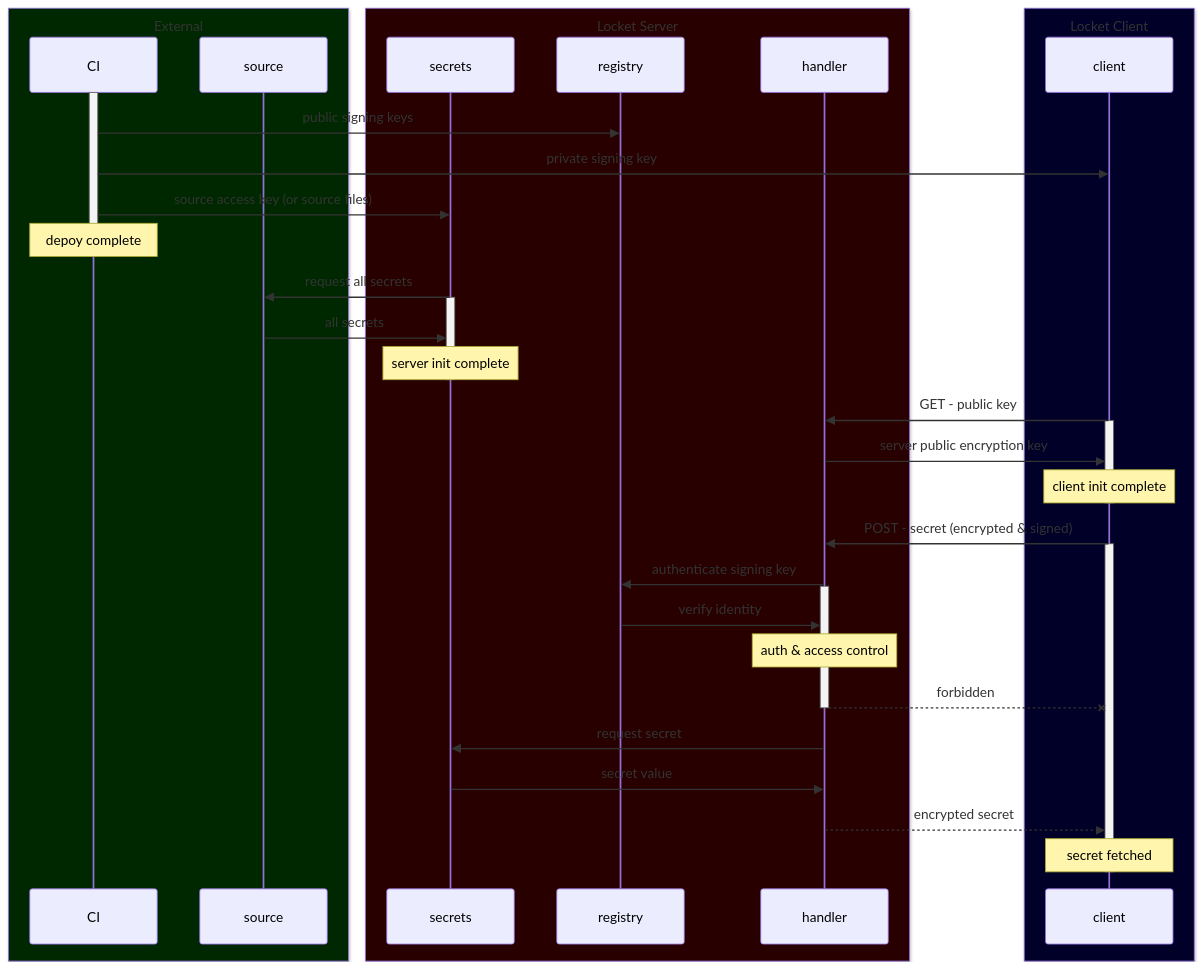
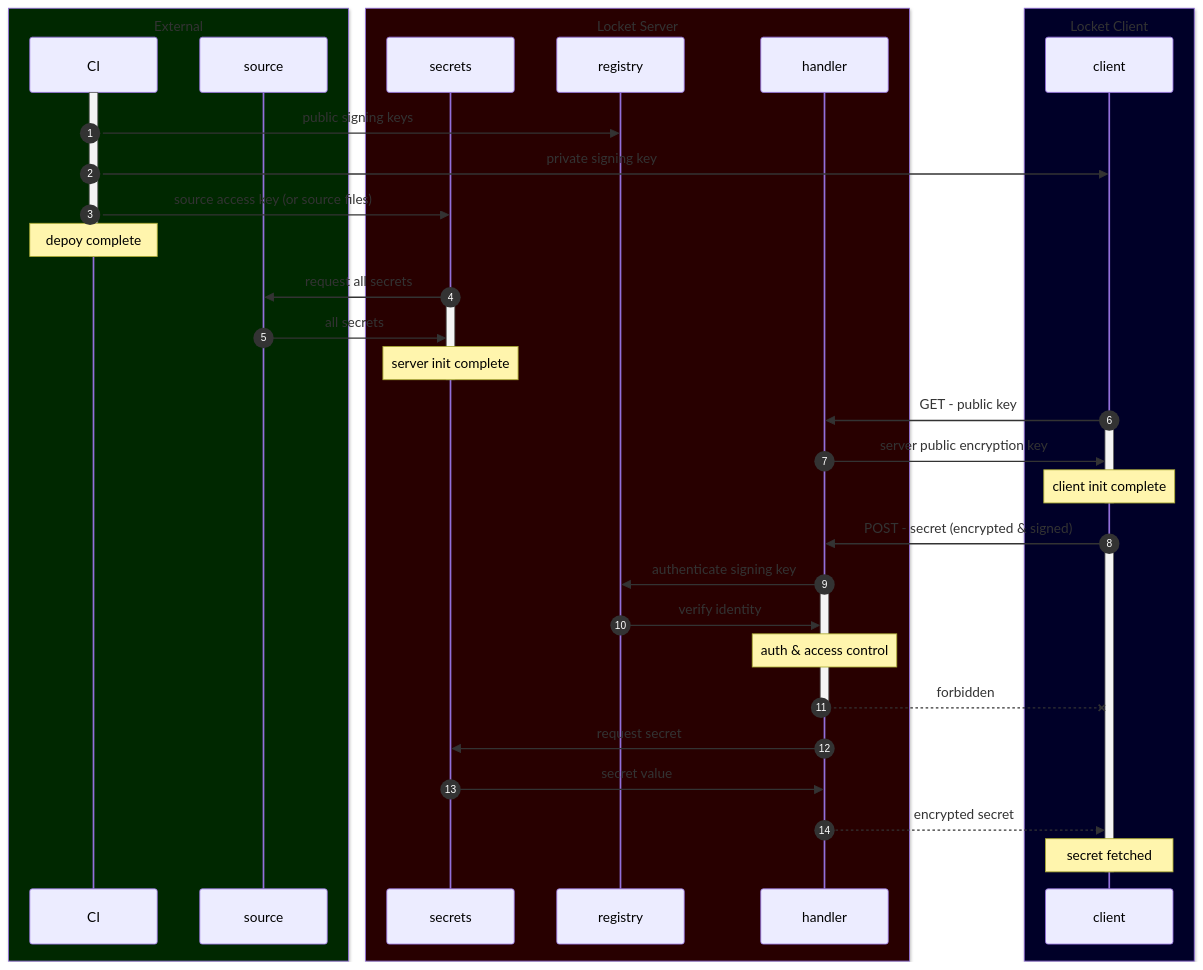
One commit to grackleclub/locket changed the diagram in README.md. Above: the diagram before and after it, drawn with Mermaid. The commit also changed other lines of this file, not shown here.

````diff
--- a/README.md
+++ b/README.md
@@ -8,50 +11,52 @@
 ```mermaid
 sequenceDiagram
+    autonumber
+
     box rgb(0, 40, 0) External 
     participant CI
     participant source
     end
 
     box rgb(40, 0, 0) Locket Server
     participant secrets
     participant registry
     participant handler
     end
 
     box rgb(0, 0, 40) Locket Client
     participant client
     end
 
     activate CI
     CI->>registry: public signing keys
     CI->>client: private signing key
     CI->>secrets: source access key (or source files)
     note over CI: depoy complete
     deactivate CI
 
     secrets->>source: request all secrets
     activate secrets
     source->>secrets: all secrets
     note over secrets: server init complete
     deactivate secrets
 
     client->>handler: GET - public key
     activate client
     handler->>client: server public encryption key
     note over client: client init complete
     deactivate client
 
     client->>handler: POST - secret (encrypted & signed)
     activate client
     handler->>registry: authenticate signing key
     activate handler
     registry->>handler: verify identity
     note over handler: auth & access control
     handler--x client: forbidden
     deactivate handler
     handler->>secrets: request secret
     secrets->>handler: secret value
     handler-->>client: encrypted secret
     note over client: secret fetched
     deactivate client
 ```
````
